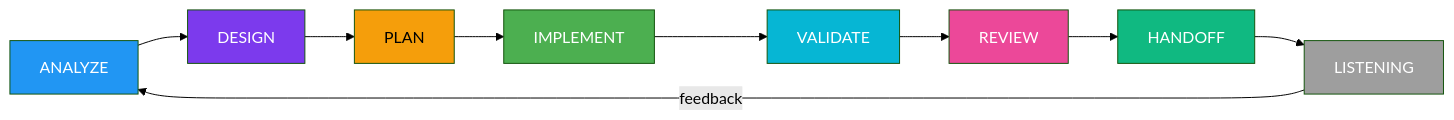
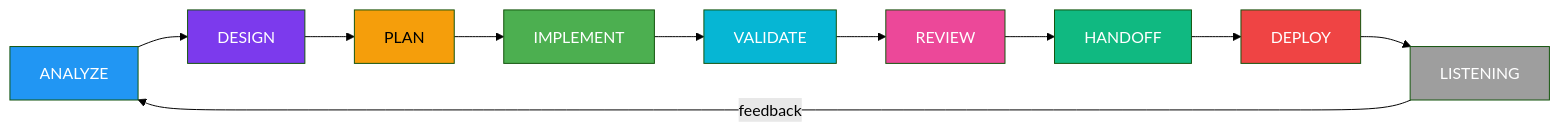
Before and after one commit to sraphaz/mcp-graph-workflow: the fourth of 20 diagrams in docs/reference/LIFECYCLE.md, drawn with Mermaid (forest theme). The commit also changed other lines of this file and 39 other files, not shown here.

First line of the commit message:
feat(v6.0): CFD flow tracking, DORA metrics, forecast tool — Sprint 2

````diff
--- a/docs/reference/LIFECYCLE.md
+++ b/docs/reference/LIFECYCLE.md
@@ -138,20 +138,22 @@
 ```mermaid
 graph LR
     A[ANALYZE] --> D[DESIGN]
     D --> P[PLAN]
     P --> I[IMPLEMENT]
     I --> V[VALIDATE]
     V --> R[REVIEW]
     R --> H[HANDOFF]
-    H --> L[LISTENING]
+    H --> DEP[DEPLOY]
+    DEP --> L[LISTENING]
     L --> |feedback| A
 
     style A fill:#2196f3,color:#fff
     style D fill:#7c3aed,color:#fff
     style P fill:#f59e0b,color:#000
     style I fill:#4caf50,color:#fff
     style V fill:#06b6d4,color:#fff
     style R fill:#ec4899,color:#fff
     style H fill:#10b981,color:#fff
+    style DEP fill:#ef4444,color:#fff
     style L fill:#9e9e9e,color:#fff
 ```
````
